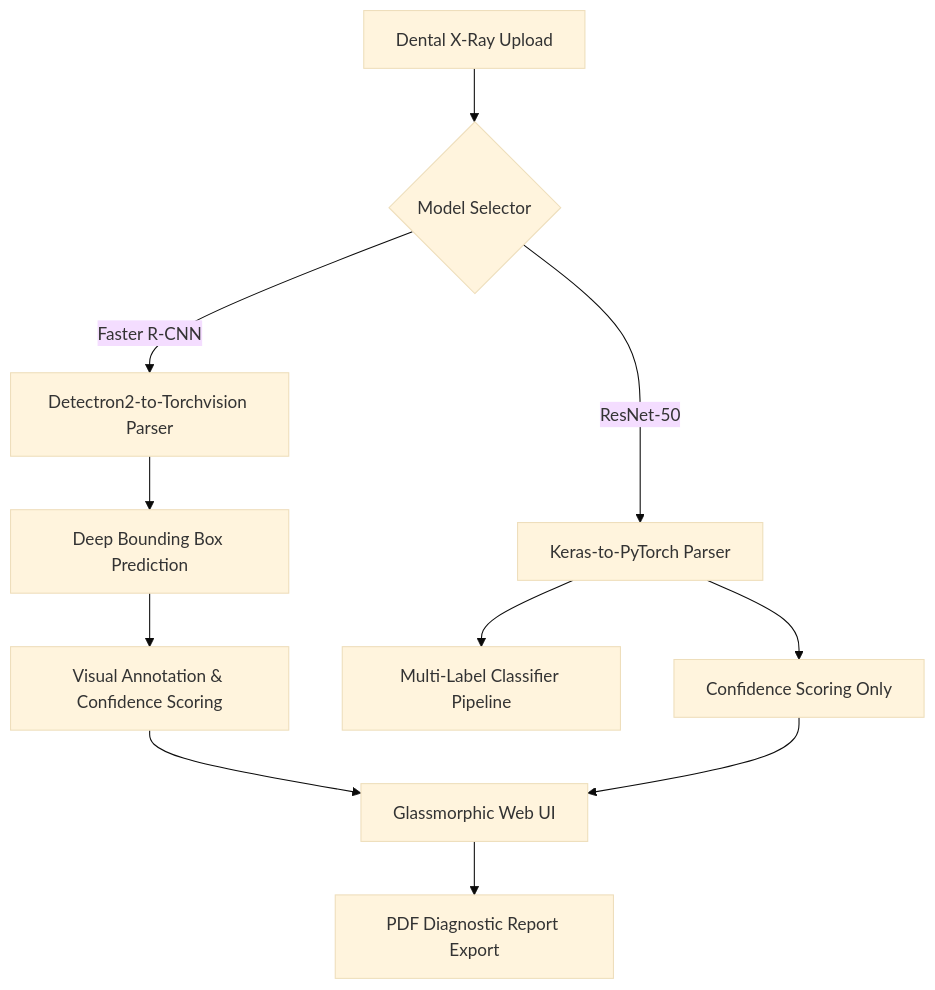
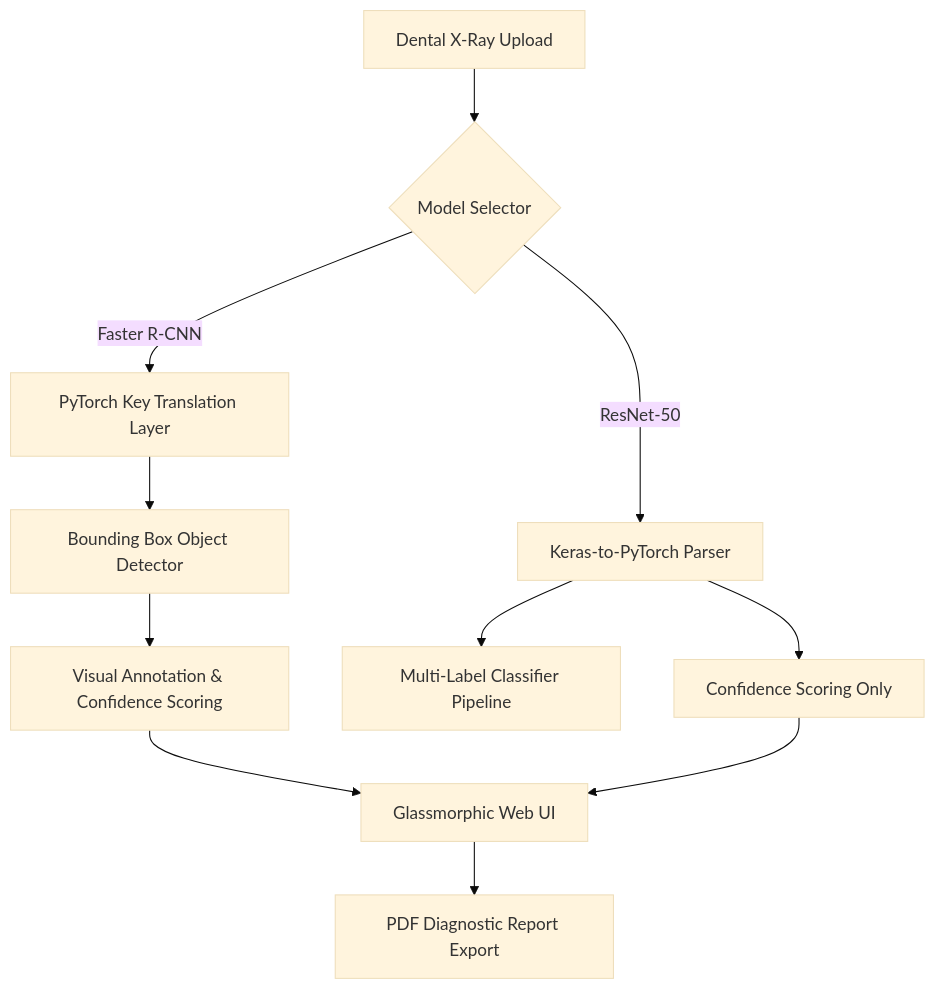
One commit to ShivankXD/DentOmni changed the first of 2 diagrams in README.md. Above: the diagram before and after it, drawn with Mermaid (base theme). The commit also changed other lines of this file, not shown here.

````diff
--- a/README.md
+++ b/README.md
@@ -42,13 +28,13 @@
 ```mermaid
 graph TD
     A[Dental X-Ray Upload] --> B{Model Selector}
-    B -->|Faster R-CNN| C[Detectron2-to-Torchvision Parser]
+    B -->|Faster R-CNN| C[PyTorch Key Translation Layer]
     B -->|ResNet-50| D[Keras-to-PyTorch Parser]
-    C --> E[Deep Bounding Box Prediction]
+    C --> E[Bounding Box Object Detector]
     D --> F[Multi-Label Classifier Pipeline]
     E --> G[Visual Annotation & Confidence Scoring]
     D --> H[Confidence Scoring Only]
     G --> I[Glassmorphic Web UI]
     H --> I
     I --> J[PDF Diagnostic Report Export]
 ```
````
